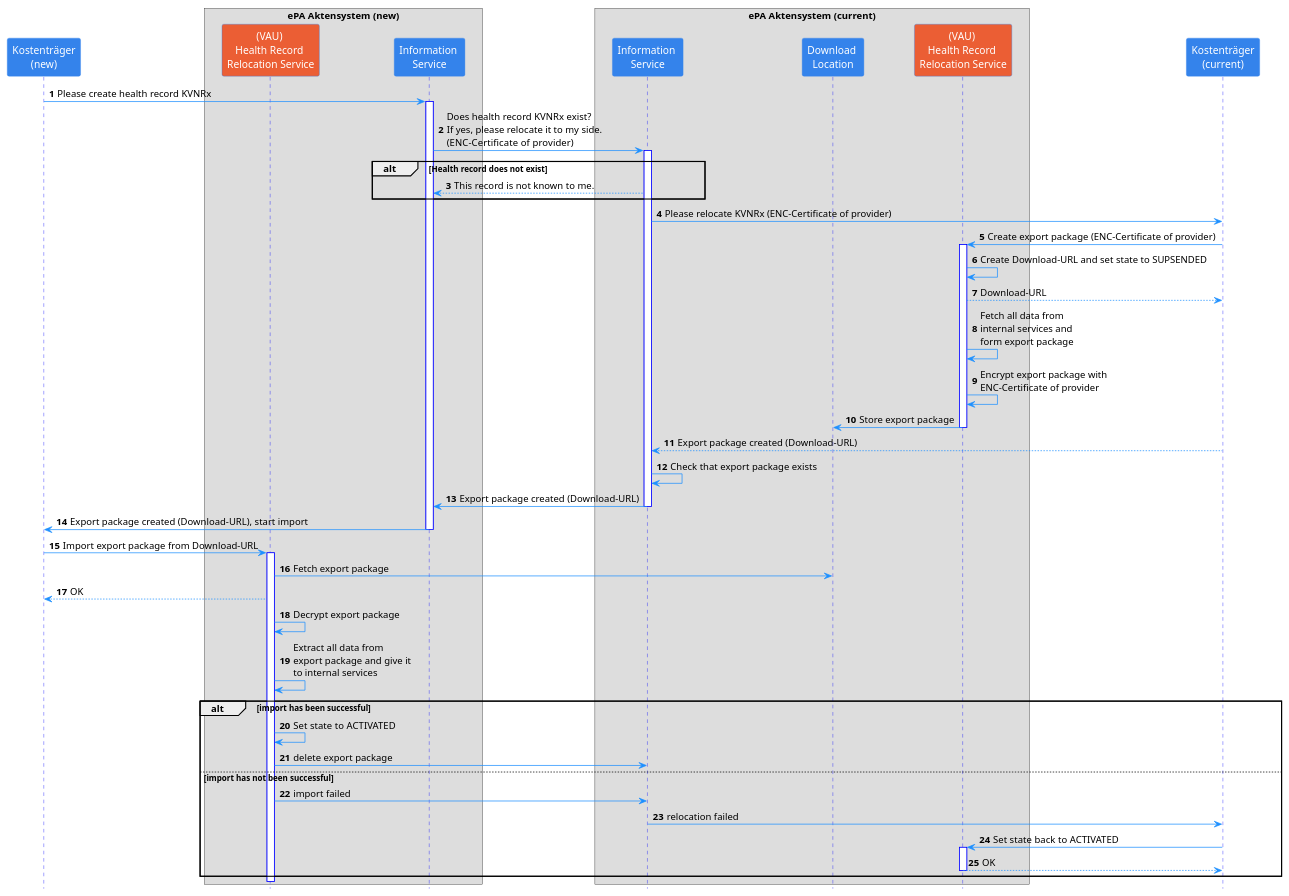
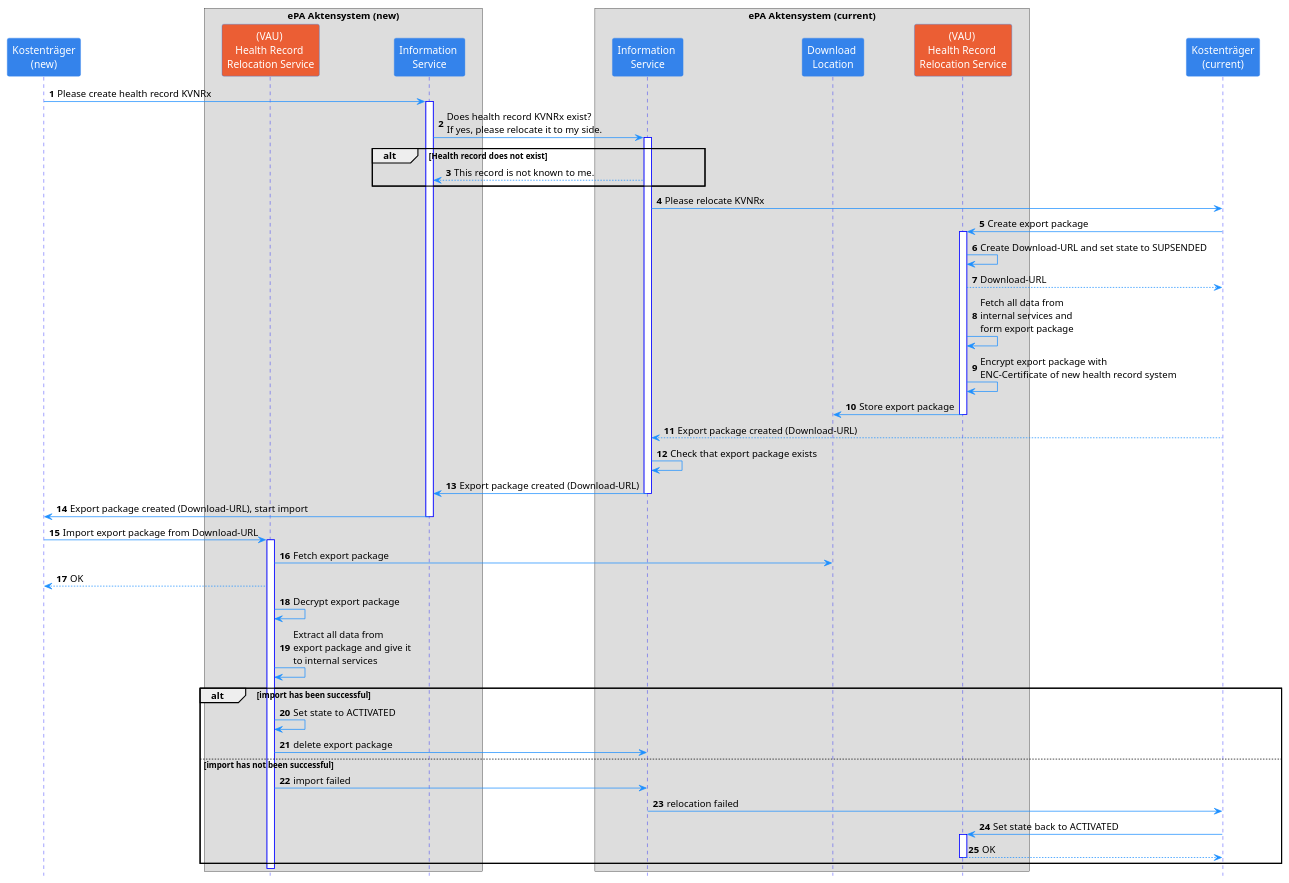
One commit to gematik/ePA-Basic changed the diagram in src/plantuml/relocationservice.puml. Above: the diagram before and after it, drawn with PlantUML. The commit also changed 18 other files, not shown here.

```diff
--- a/src/plantuml/relocationservice.puml
+++ b/src/plantuml/relocationservice.puml
@@ -1,94 +1,94 @@
 @startuml
 
 skinparam Shadowing false
 skinparam ParticipantPadding 20
 skinparam BoxPadding 10
 
 skinparam sequence {
     ArrowColor DodgerBlue
     ActorBorderColor DodgerBlue
     LifeLineBorderColor Blue
 
     ParticipantBackgroundColor #3483eb
     ParticipantBorderColor #3483eb
     ParticipantFontSize 14
     ParticipantFontColor White
 
     ActorBackgroundColor #3483eb
     ActorFontSize 14
     NoteBackgroundColor #3483eb
 }
 
 hide footbox
 autonumber
 
 
 participant "Kostenträger\n(new)" as ktr_n
 box "ePA Aktensystem (new)"
 participant "(VAU) \nHealth Record \nRelocation Service" as hrrl_n #eb5e34
 participant "Information \nService" as info_n
 end box
 box "ePA Aktensystem (current)"
 participant "Information \nService" as info_c
 participant "Download \nLocation" as dl_c
 participant "(VAU) \nHealth Record \nRelocation Service" as hrrl_c #eb5e34
 end box
 participant "Kostenträger\n(current)" as ktr_c
 
 'create health record
 ktr_n -> info_n : Please create health record KVNRx
 activate info_n
 
 ' request export of health record
-info_n -> info_c : Does health record KVNRx exist? \nIf yes, please relocate it to my side. \n(ENC-Certificate  of provider)
+info_n -> info_c : Does health record KVNRx exist? \nIf yes, please relocate it to my side.
 activate info_c
 alt Health record does not exist
 info_c --> info_n : This record is not known to me.
 end
 
-info_c -> ktr_c : Please relocate KVNRx (ENC-Certificate of provider)
-ktr_c -> hrrl_c : Create export package (ENC-Certificate of provider)
+info_c -> ktr_c : Please relocate KVNRx
+ktr_c -> hrrl_c : Create export package
 activate hrrl_c
 
 hrrl_c -> hrrl_c : Create Download-URL and set state to SUPSENDED
 hrrl_c --> ktr_c : Download-URL
 
 hrrl_c -> hrrl_c : Fetch all data from \ninternal services and \nform export package
-hrrl_c -> hrrl_c : Encrypt export package with \nENC-Certificate of provider
+hrrl_c -> hrrl_c : Encrypt export package with \nENC-Certificate of new health record system
 hrrl_c -> dl_c : Store export package
 deactivate hrrl_c
 
 ktr_c --> info_c : Export package created (Download-URL)
 
 info_c -> info_c : Check that export package exists
 info_c -> info_n : Export package created (Download-URL)
 deactivate info_c
 
 ' Import health record
 info_n -> ktr_n : Export package created (Download-URL), start import
 deactivate info_n
 
 ktr_n -> hrrl_n : Import export package from Download-URL
 activate hrrl_n
 hrrl_n -> dl_c : Fetch export package
 hrrl_n --> ktr_n : OK
 
 hrrl_n -> hrrl_n : Decrypt export package
 hrrl_n -> hrrl_n : Extract all data from \nexport package and give it \nto internal services
 
 alt import has been successful
 hrrl_n -> hrrl_n : Set state to ACTIVATED
 hrrl_n -> info_c : delete export package
 else import has not been successful
 hrrl_n -> info_c : import failed
 info_c -> ktr_c : relocation failed
 ktr_c -> hrrl_c : Set state back to ACTIVATED
 activate hrrl_c
 hrrl_c --> ktr_c : OK
 deactivate hrrl_c
 end
 
 deactivate hrrl_n
 
 
 @enduml
```
